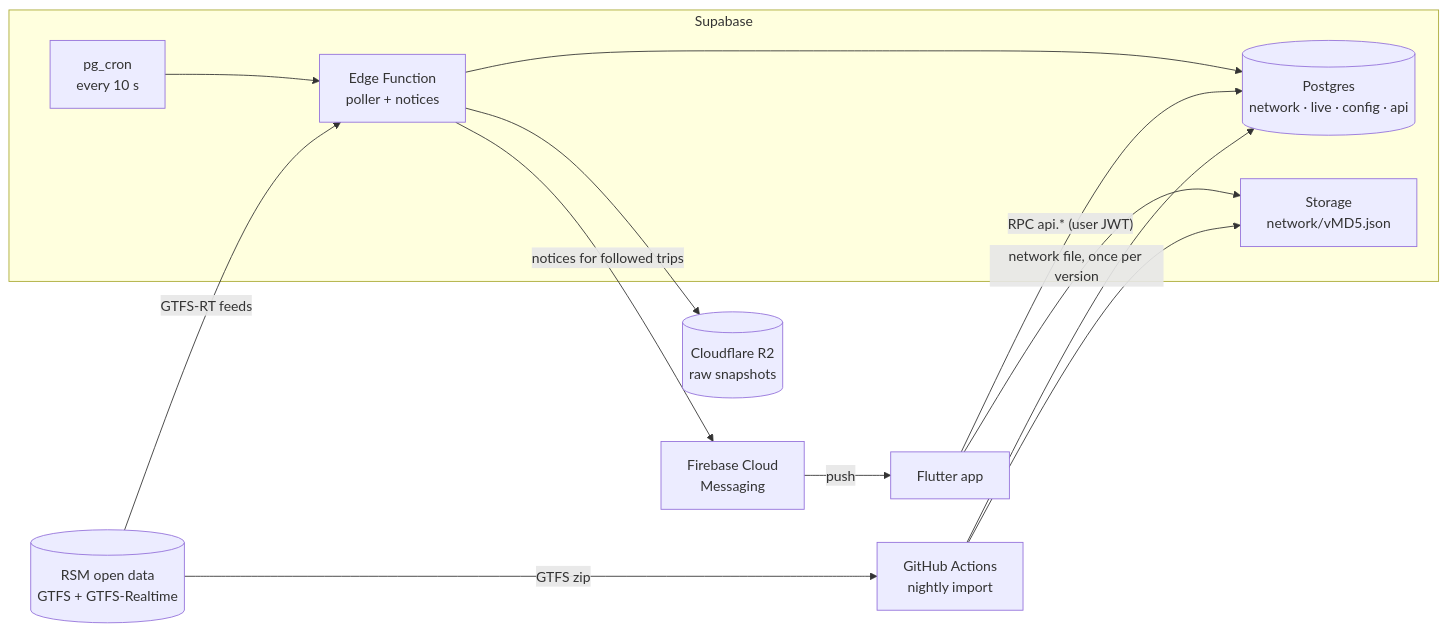
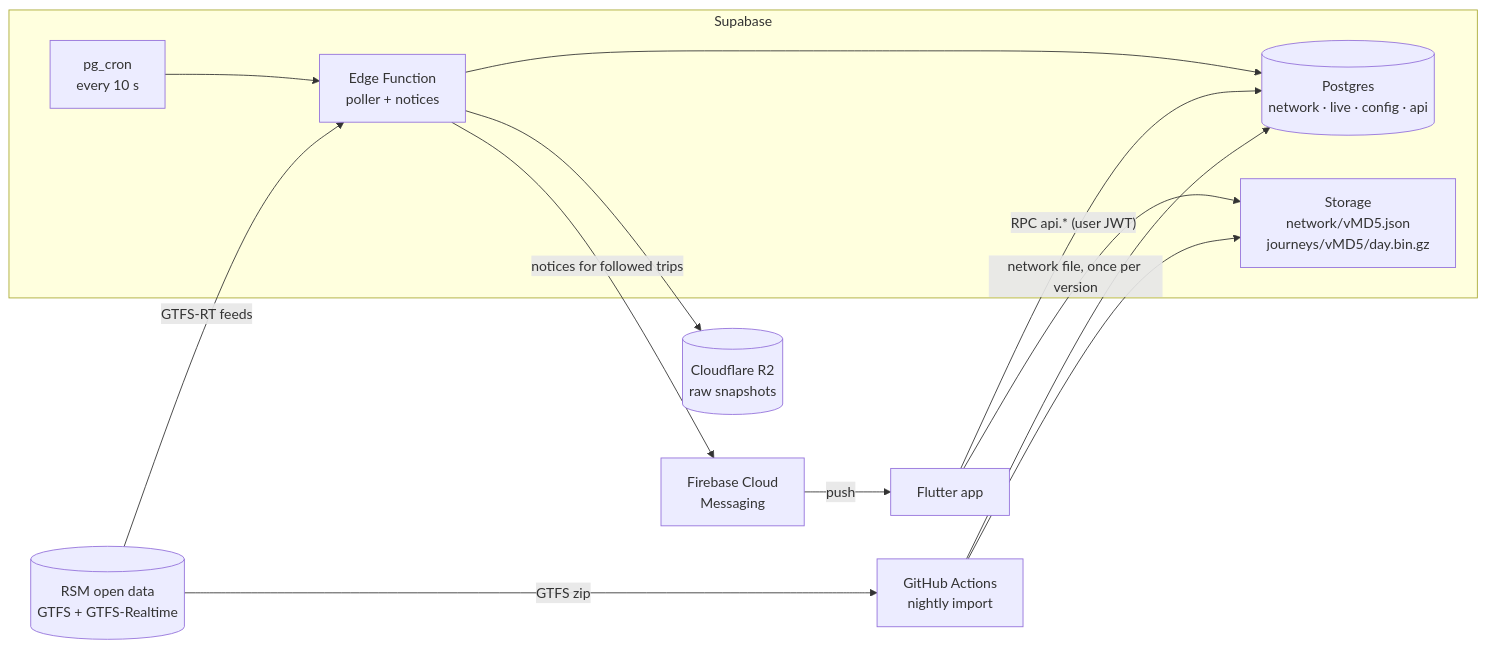
Before and after one commit to CesareIsHere/veribus: the diagram in README.md, drawn with Mermaid. The commit also changed other lines of this file and 44 other files, not shown here.

````diff
--- a/README.md
+++ b/README.md
@@ -133,26 +139,26 @@
 ```mermaid
 flowchart LR
   RSM[("RSM open data<br/>GTFS + GTFS-Realtime")]
   subgraph SB["Supabase"]
     PG[("Postgres<br/>network · live · config · api")]
-    ST["Storage<br/>network/vMD5.json"]
+    ST["Storage<br/>network/vMD5.json<br/>journeys/vMD5/day.bin.gz"]
     EF["Edge Function<br/>poller + notices"]
     CR["pg_cron<br/>every 10 s"]
   end
   FCM["Firebase Cloud<br/>Messaging"]
   GH["GitHub Actions<br/>nightly import"]
   R2[("Cloudflare R2<br/>raw snapshots")]
   APP["Flutter app"]
 
   RSM -- "GTFS zip" --> GH
   GH --> PG
   GH --> ST
   CR --> EF
   RSM -- "GTFS-RT feeds" --> EF
   EF --> PG
   EF --> R2
   EF -- "notices for followed trips" --> FCM
   FCM -- "push" --> APP
   APP -- "RPC api.* (user JWT)" --> PG
   APP -- "network file, once per version" --> ST
 ```
````
